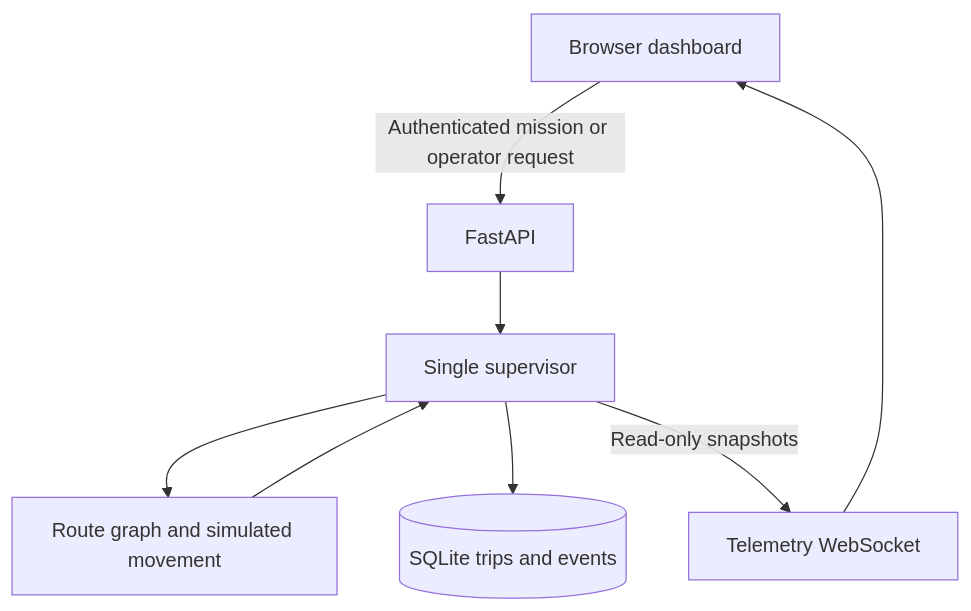
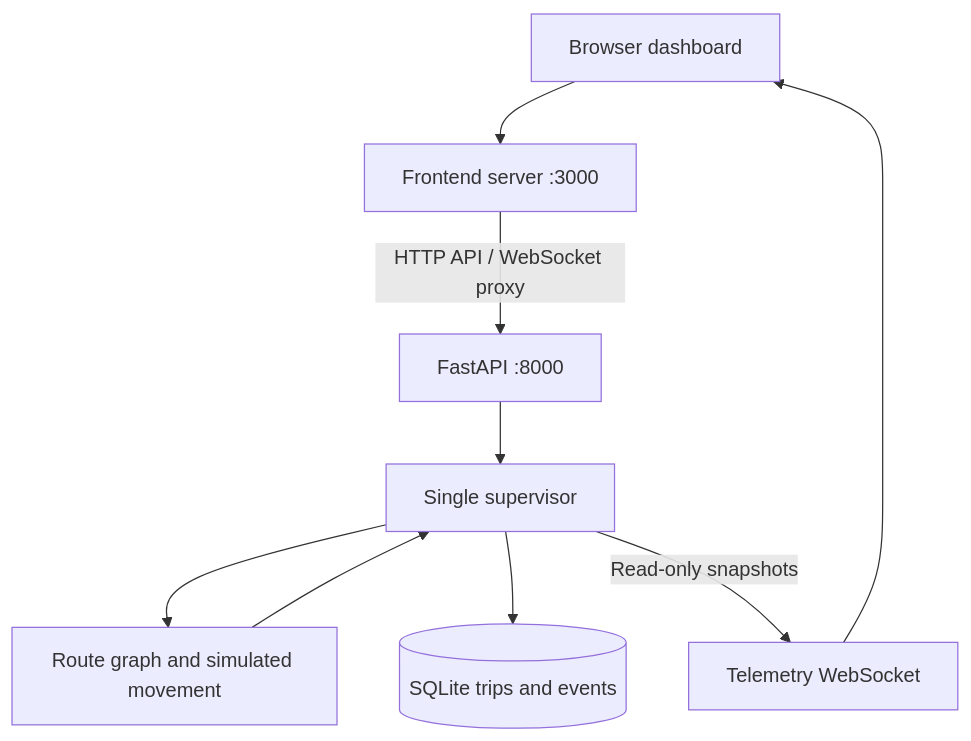
One commit to praisecyber/Autonomous-Taxi changed the first of 2 diagrams in docs/ARCHITECTURE.md. Above: the diagram before and after it, drawn with Mermaid. The commit also changed other lines of this file and 65 other files, not shown here.

Commit message:
Separate frontend and backend with API and WebSocket proxy

````diff
--- a/docs/ARCHITECTURE.md
+++ b/docs/ARCHITECTURE.md
@@ -7,10 +13,11 @@
 ```mermaid
 flowchart TD
-  UI[Browser dashboard] -->|Authenticated mission or operator request| API[FastAPI]
+  UI[Browser dashboard] --> Frontend[Frontend server :3000]
+  Frontend -->|HTTP API / WebSocket proxy| API[FastAPI :8000]
   API --> Core[Single supervisor]
   Core --> Nav[Route graph and simulated movement]
   Nav --> Core
   Core --> DB[(SQLite trips and events)]
   Core -->|Read-only snapshots| WS[Telemetry WebSocket]
   WS --> UI
 ```
````
